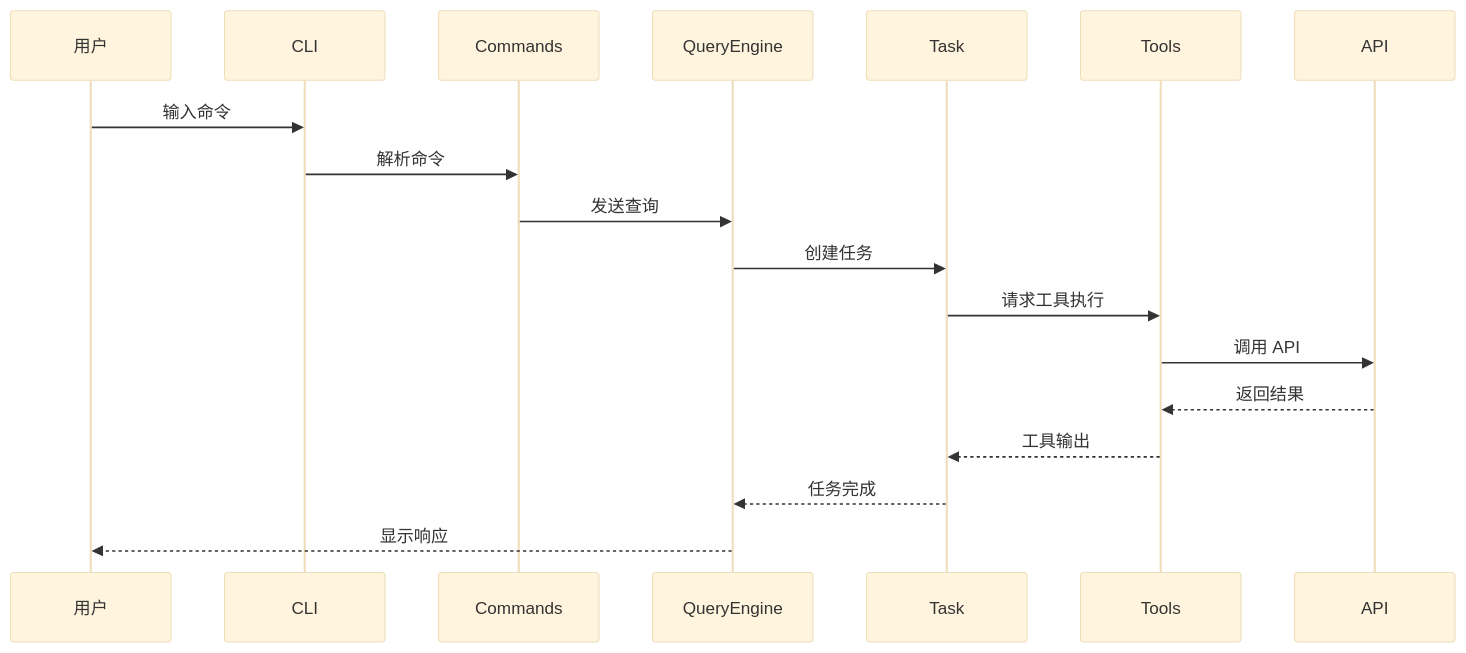
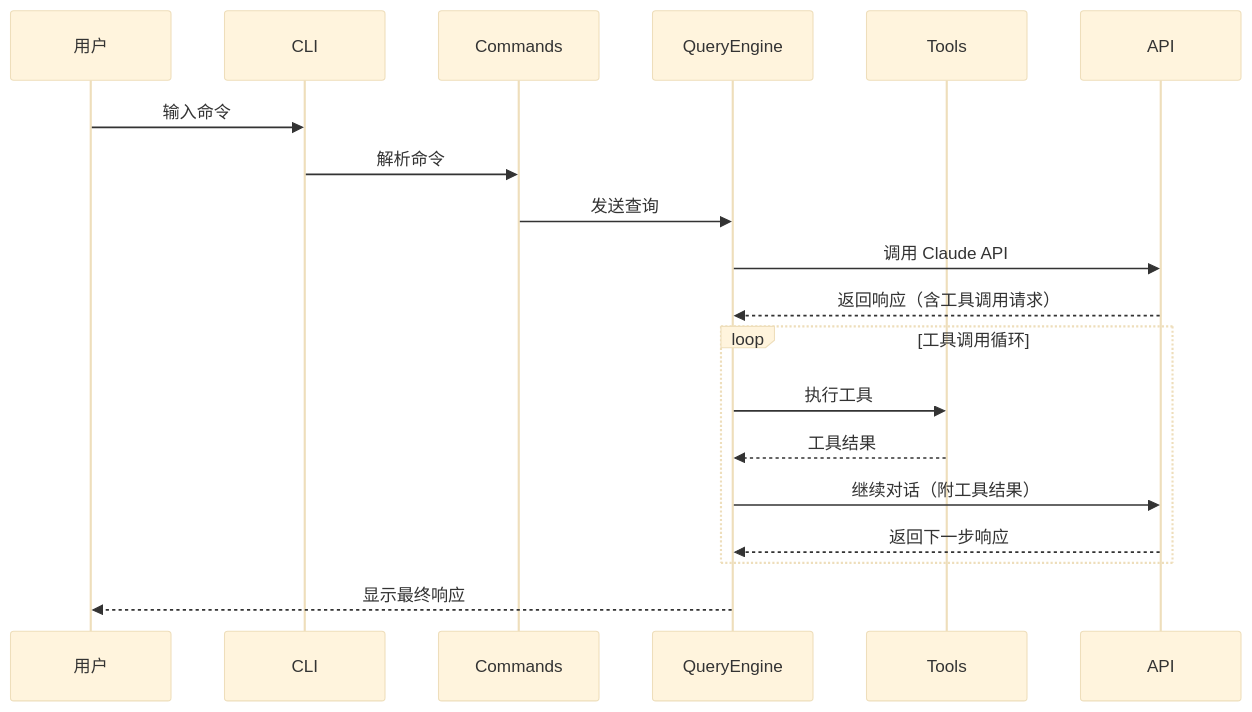
Before and after one commit to niuma996/claude-code-sourcemap-wiki: the third of 4 diagrams in .nium-wiki/wiki/architecture.md, drawn with Mermaid (base theme). The commit also changed other lines of this file and 1976 other files, not shown here.

````diff
--- a/.nium-wiki/wiki/architecture.md
+++ b/.nium-wiki/wiki/architecture.md
@@ -167,21 +296,22 @@
 ```mermaid
 sequenceDiagram
     participant User as 用户
     participant CLI
     participant Commands
     participant QueryEngine
-    participant Task
     participant Tools
     participant API
 
     User->>CLI: 输入命令
     CLI->>Commands: 解析命令
     Commands->>QueryEngine: 发送查询
-    QueryEngine->>Task: 创建任务
-    Task->>Tools: 请求工具执行
-    Tools->>API: 调用 API
-    API-->>Tools: 返回结果
-    Tools-->>Task: 工具输出
-    Task-->>QueryEngine: 任务完成
-    QueryEngine-->>User: 显示响应
+    QueryEngine->>API: 调用 Claude API
+    API-->>QueryEngine: 返回响应（含工具调用请求）
+    loop 工具调用循环
+        QueryEngine->>Tools: 执行工具
+        Tools-->>QueryEngine: 工具结果
+        QueryEngine->>API: 继续对话（附工具结果）
+        API-->>QueryEngine: 返回下一步响应
+    end
+    QueryEngine-->>User: 显示最终响应
 ```
````
